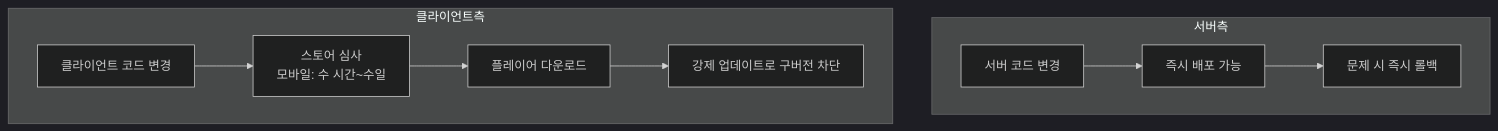
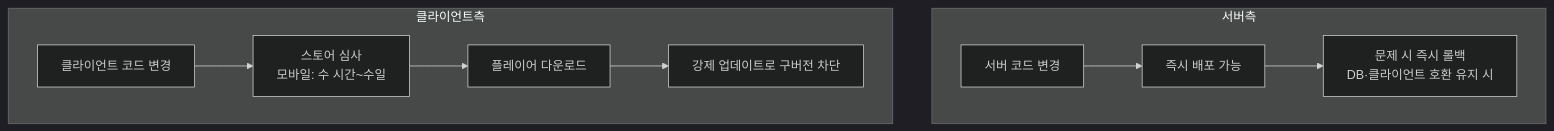
Before and after one commit to Rein-ArXiv/game-dev-curriculum: the second of 11 diagrams in live_service/part01_patch.md, drawn with Mermaid (dark theme). The commit also changed other lines of this file and 279 other files, not shown here.

````diff
--- a/live_service/part01_patch.md
+++ b/live_service/part01_patch.md
@@ -84,12 +84,12 @@
 ```mermaid
 flowchart TB
     subgraph 서버측
     SC[서버 코드 변경] --> SD[즉시 배포 가능]
-    SD --> SR[문제 시 즉시 롤백]
+    SD --> SR[문제 시 즉시 롤백<br/>DB·클라이언트 호환 유지 시]
     end
     subgraph 클라이언트측
     CC[클라이언트 코드 변경] --> CS[스토어 심사<br/>모바일: 수 시간~수일]
     CS --> CD[플레이어 다운로드]
     CD --> CF[강제 업데이트로 구버전 차단]
     end
 ```
````
